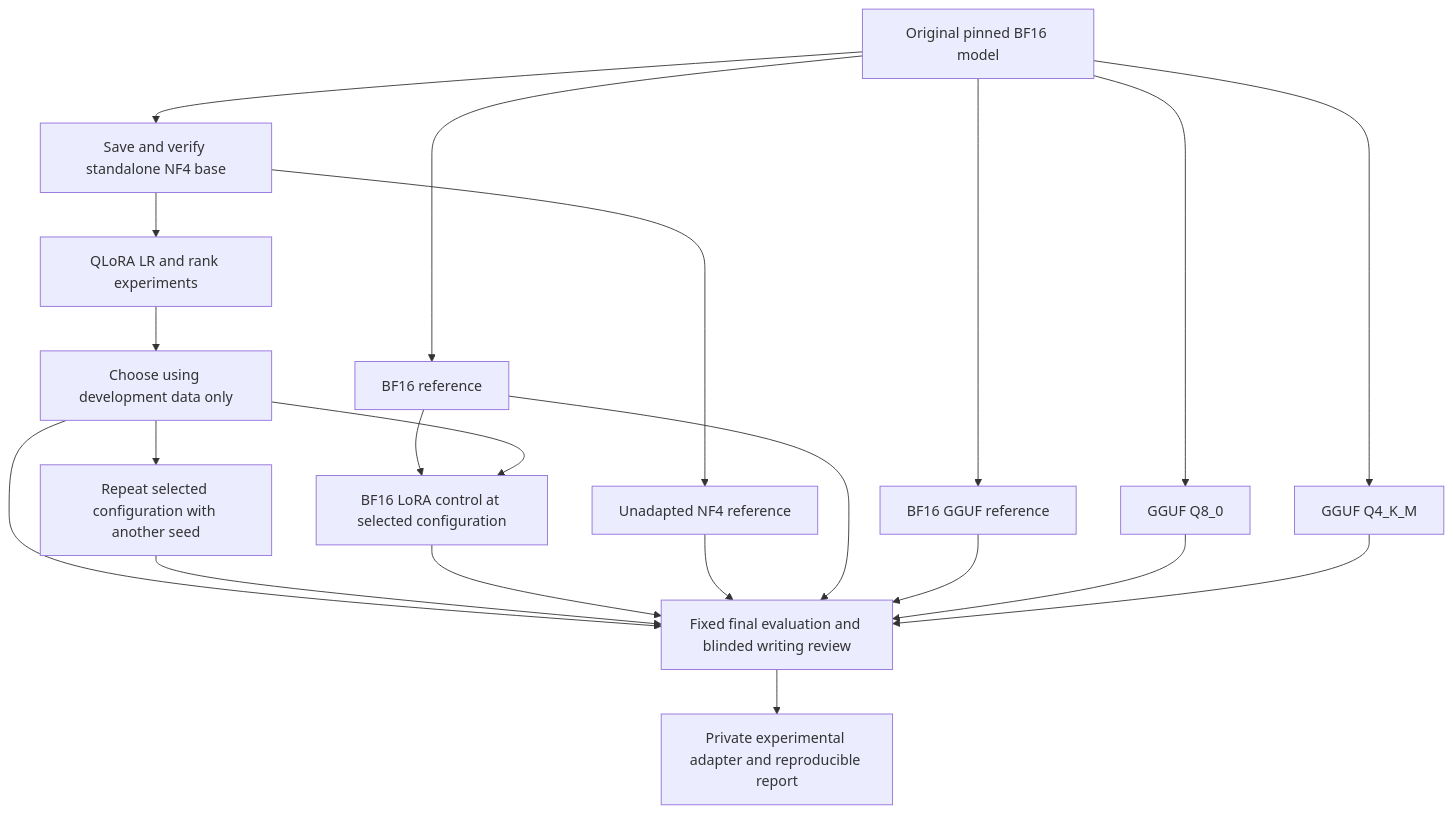
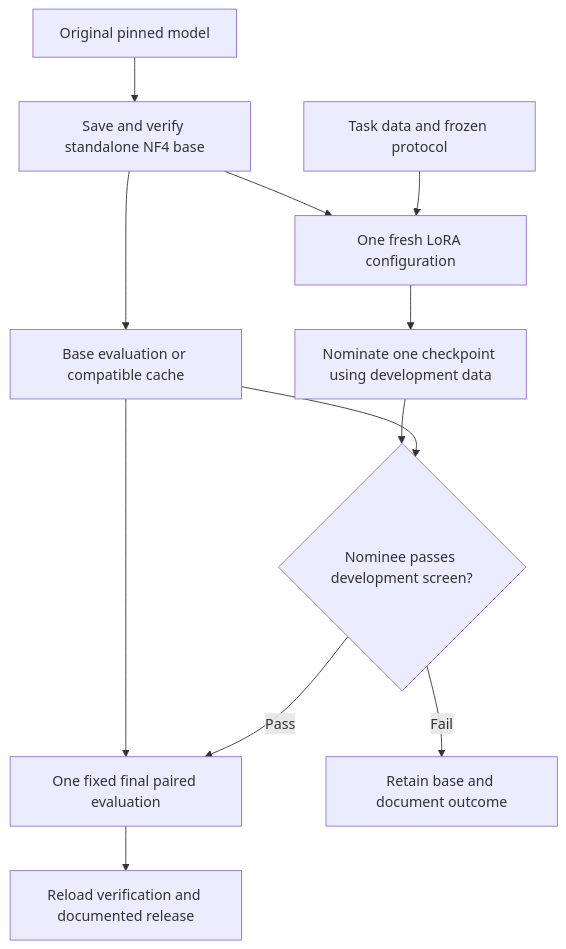
The diagram in docs/model_workflow.md (RenormalizationTech/tuneLLM), drawn with Mermaid before and after one commit. The commit also changed other lines of this file and 3 other files, not shown here.

````diff
--- a/docs/model_workflow.md
+++ b/docs/model_workflow.md
@@ -25,23 +70,14 @@
 ```mermaid
 flowchart TD
-    Original[Original pinned BF16 model] --> BF16[BF16 reference]
-    Original --> GGUFref[BF16 GGUF reference]
-    Original --> Q8[GGUF Q8_0]
-    Original --> Q4[GGUF Q4_K_M]
-    Original --> NF4[Save and verify standalone NF4 base]
-    NF4 --> NF4ref[Unadapted NF4 reference]
-    NF4 --> Pilots[QLoRA LR and rank experiments]
-    Pilots --> Choice[Choose using development data only]
-    Choice --> Repeat[Repeat selected configuration with another seed]
-    BF16 --> Control[BF16 LoRA control at selected configuration]
-    Choice --> Control
-    Choice --> Final[Fixed final evaluation and blinded writing review]
-    Repeat --> Final
-    Control --> Final
-    NF4ref --> Final
-    BF16 --> Final
-    GGUFref --> Final
-    Q8 --> Final
-    Q4 --> Final
-    Final --> Release[Private experimental adapter and reproducible report]
+    Original[Original pinned model] --> NF4[Save and verify standalone NF4 base]
+    NF4 --> Base[Base evaluation or compatible cache]
+    NF4 --> Train[One fresh LoRA configuration]
+    Data[Task data and frozen protocol] --> Train
+    Train --> Nominee[Nominate one checkpoint using development data]
+    Nominee --> Dev{Nominee passes development screen?}
+    Base --> Dev
+    Base --> Final[One fixed final paired evaluation]
+    Dev -->|Pass| Final
+    Dev -->|Fail| Keep[Retain base and document outcome]
+    Final --> Release[Reload verification and documented release]
 ```
````
